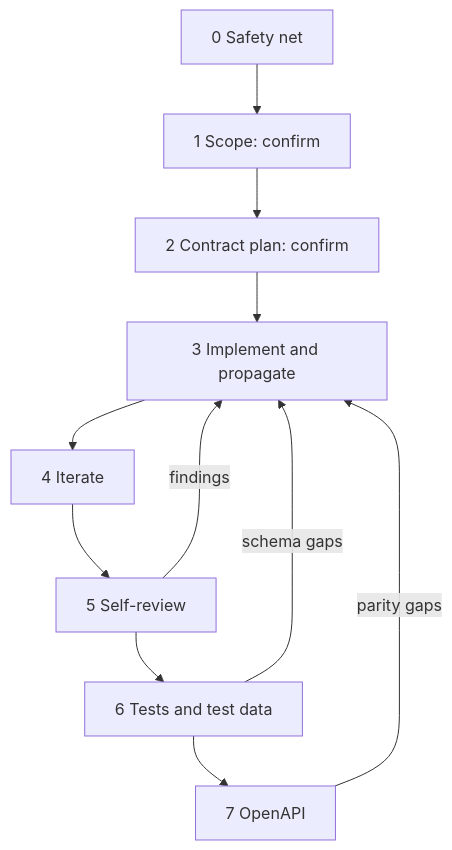
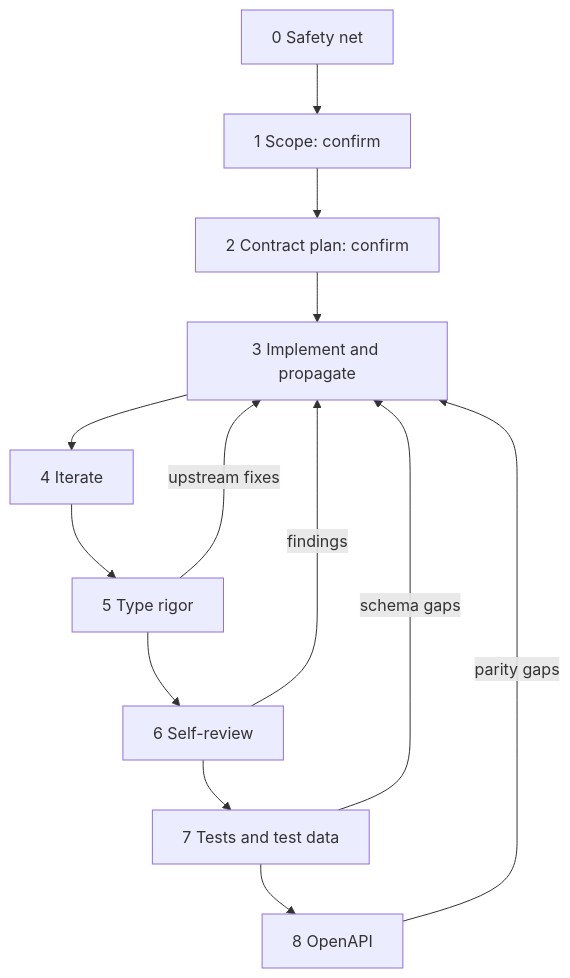
One commit to misterrodger/skills changed the diagram in zod-migration/SKILL.md. Above: the diagram before and after it, drawn with Mermaid. The commit also changed other lines of this file and 20 other files, not shown here.

````diff
--- a/zod-migration/SKILL.md
+++ b/zod-migration/SKILL.md
@@ -27,13 +28,15 @@
 ```mermaid
 flowchart TD
   s0["0 Safety net"] --> s1["1 Scope: confirm"]
   s1 --> s2["2 Contract plan: confirm"]
   s2 --> s3["3 Implement and propagate"]
   s3 --> s4["4 Iterate"]
-  s4 --> s5["5 Self-review"]
-  s5 --> s6["6 Tests and test data"]
-  s6 --> s7["7 OpenAPI"]
-  s5 -->|"findings"| s3
-  s6 -->|"schema gaps"| s3
-  s7 -->|"parity gaps"| s3
+  s4 --> s5["5 Type rigor"]
+  s5 --> s6["6 Self-review"]
+  s6 --> s7["7 Tests and test data"]
+  s7 --> s8["8 OpenAPI"]
+  s5 -->|"upstream fixes"| s3
+  s6 -->|"findings"| s3
+  s7 -->|"schema gaps"| s3
+  s8 -->|"parity gaps"| s3
 ```
````
